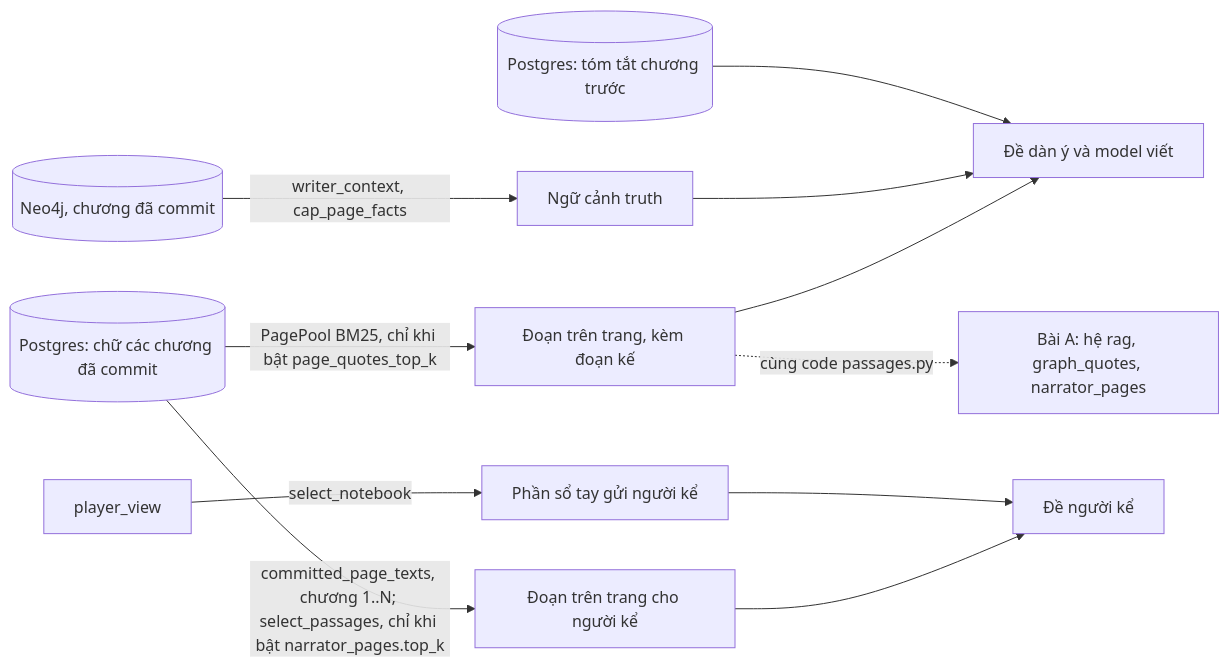
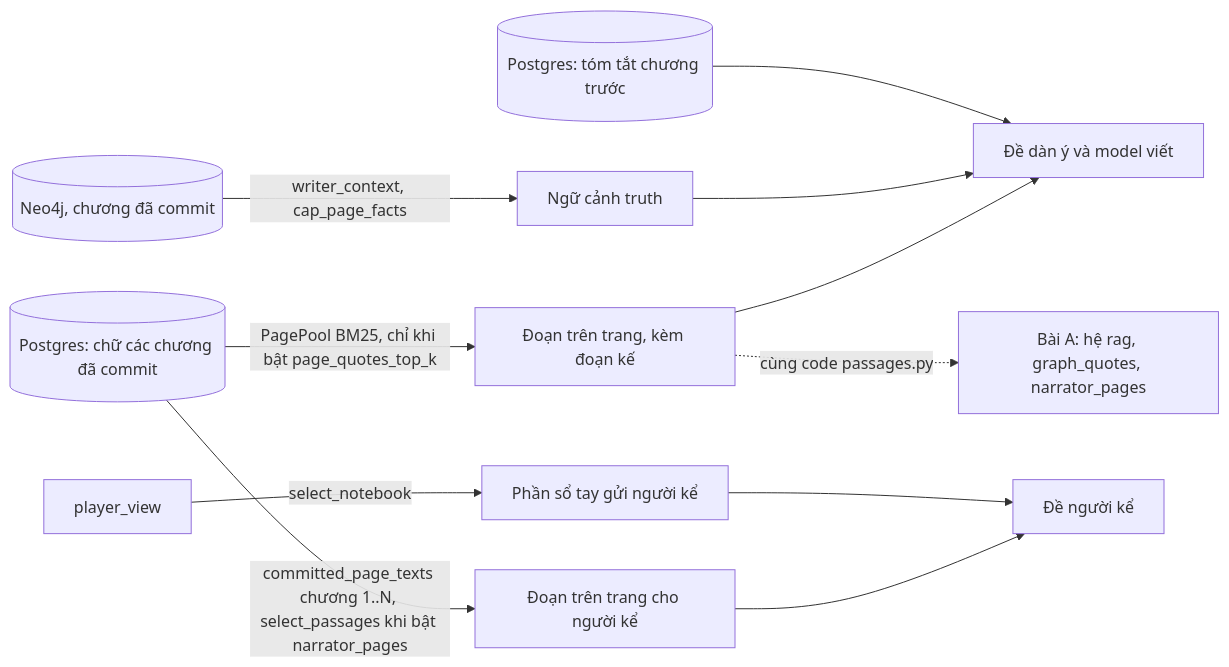
Before and after one commit to orms147/writory: the ninth of 12 diagrams in docs/architecture.md, drawn with Mermaid.

Commit message:
docs(architecture): nhãn cạnh mermaid của đoạn trang người kể không dùng dấu chấm phẩy (D-143)

````diff
--- a/docs/architecture.md
+++ b/docs/architecture.md
@@ -347,13 +347,13 @@
 ```mermaid
 flowchart LR
   neo[("Neo4j, chương đã commit")] -->|writer_context, cap_page_facts| wc["Ngữ cảnh truth"]
   pages[("Postgres: chữ các chương đã commit")] -->|PagePool BM25, chỉ khi bật page_quotes_top_k| pq["Đoạn trên trang, kèm đoạn kế"]
   sums[("Postgres: tóm tắt chương trước")] --> prompt["Đề dàn ý và model viết"]
   wc --> prompt
   pq --> prompt
   pv["player_view"] -->|select_notebook| nb["Phần sổ tay gửi người kể"]
   nb --> narr["Đề người kể"]
-  pages -->|committed_page_texts, chương 1..N; select_passages, chỉ khi bật narrator_pages.top_k| np["Đoạn trên trang cho người kể"]
+  pages -->|committed_page_texts chương 1..N, select_passages khi bật narrator_pages| np["Đoạn trên trang cho người kể"]
   np --> narr
   pq -.->|cùng code passages.py| benchA["Bài A: hệ rag, graph_quotes, narrator_pages"]
 ```
````
